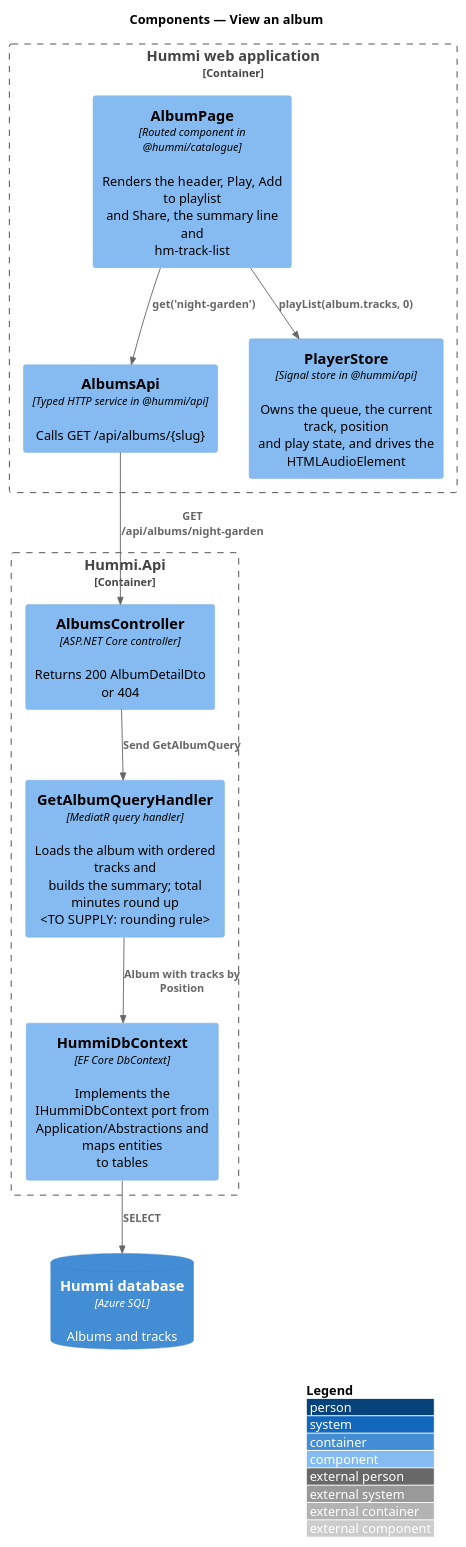
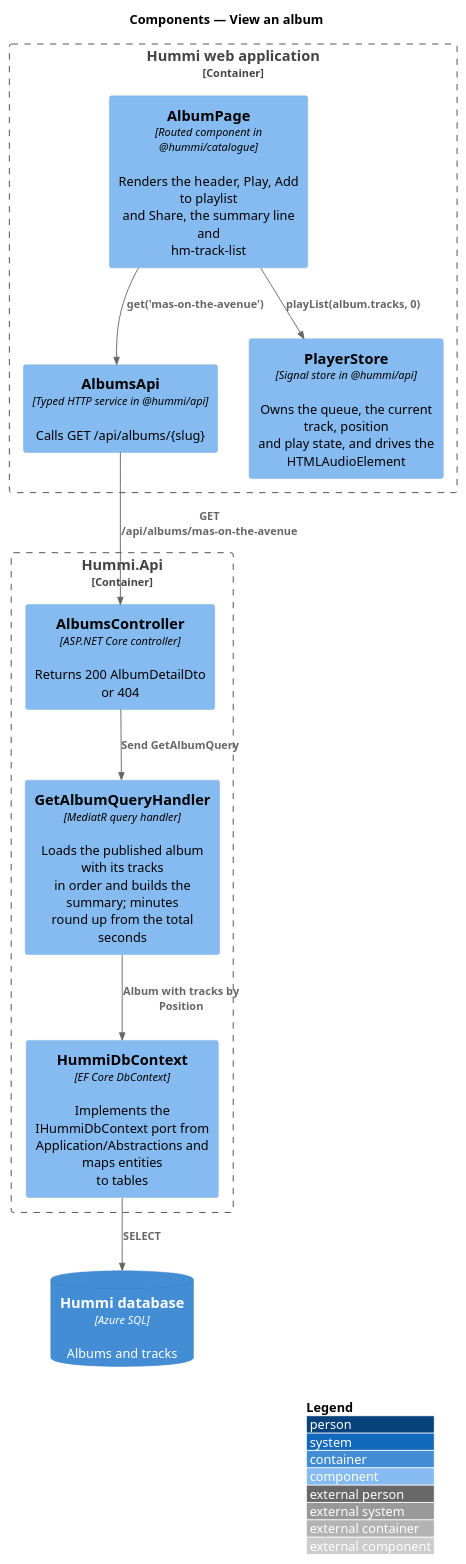
The diagram in docs/detailed-designs/catalogue/view-album/diagrams/c4-component.puml (QuinntyneBrown/hummi), drawn with PlantUML before and after one commit. The commit also changed 119 other files, not shown here.

```diff
--- a/docs/detailed-designs/catalogue/view-album/diagrams/c4-component.puml
+++ b/docs/detailed-designs/catalogue/view-album/diagrams/c4-component.puml
@@ -1,23 +1,23 @@
 @startuml
 !include <C4/C4_Component>
 LAYOUT_WITH_LEGEND()
 title Components — View an album
 
 Container_Boundary(spa, "Hummi web application") {
   Component(page, "AlbumPage", "Routed component in @hummi/catalogue", "Renders the header, Play, Add to playlist\nand Share, the summary line and\nhm-track-list")
   Component(client, "AlbumsApi", "Typed HTTP service in @hummi/api", "Calls GET /api/albums/{slug}")
   Component(player, "PlayerStore", "Signal store in @hummi/api", "Owns the queue, the current track, position\nand play state, and drives the\nHTMLAudioElement")
 }
 Container_Boundary(api, "Hummi.Api") {
   Component(ctl, "AlbumsController", "ASP.NET Core controller", "Returns 200 AlbumDetailDto or 404")
-  Component(q, "GetAlbumQueryHandler", "MediatR query handler", "Loads the album with ordered tracks and\nbuilds the summary; total minutes round up\n<TO SUPPLY: rounding rule>")
+  Component(q, "GetAlbumQueryHandler", "MediatR query handler", "Loads the published album with its tracks\nin order and builds the summary; minutes\nround up from the total seconds")
   Component(ctx, "HummiDbContext", "EF Core DbContext", "Implements the IHummiDbContext port from\nApplication/Abstractions and maps entities\nto tables")
 }
 ContainerDb(db, "Hummi database", "Azure SQL", "Albums and tracks")
-Rel(page, client, "get('night-garden')")
-Rel(client, ctl, "GET /api/albums/night-garden")
+Rel(page, client, "get('mas-on-the-avenue')")
+Rel(client, ctl, "GET /api/albums/mas-on-the-avenue")
 Rel(ctl, q, "Send GetAlbumQuery")
 Rel(q, ctx, "Album with tracks by Position")
 Rel(ctx, db, "SELECT")
 Rel(page, player, "playList(album.tracks, 0)")
 @enduml
```
